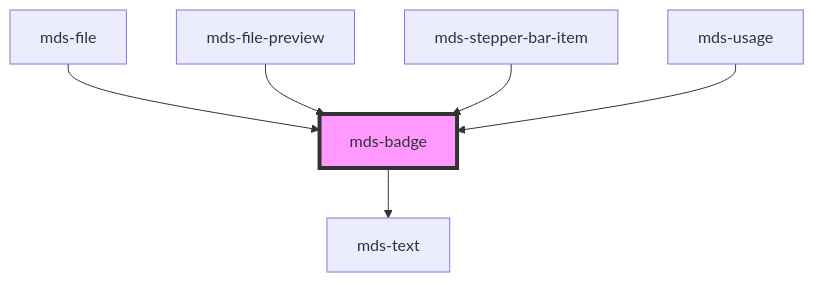
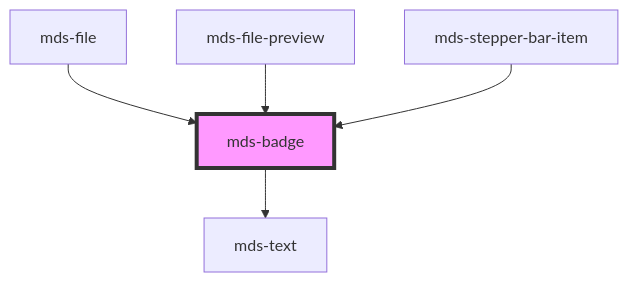
Before and after one commit to magma-design-system/magma: the diagram in projects/stencil/src/components/mds-badge/readme.md, drawn with Mermaid. The commit also changed other lines of this file and 14 other files, not shown here.

````diff
--- a/projects/stencil/src/components/mds-badge/readme.md
+++ b/projects/stencil/src/components/mds-badge/readme.md
@@ -52,9 +51,8 @@
 ```mermaid
 graph TD;
   mds-badge --> mds-text
   mds-file --> mds-badge
   mds-file-preview --> mds-badge
   mds-stepper-bar-item --> mds-badge
-  mds-usage --> mds-badge
   style mds-badge fill:#f9f,stroke:#333,stroke-width:4px
 ```
````
